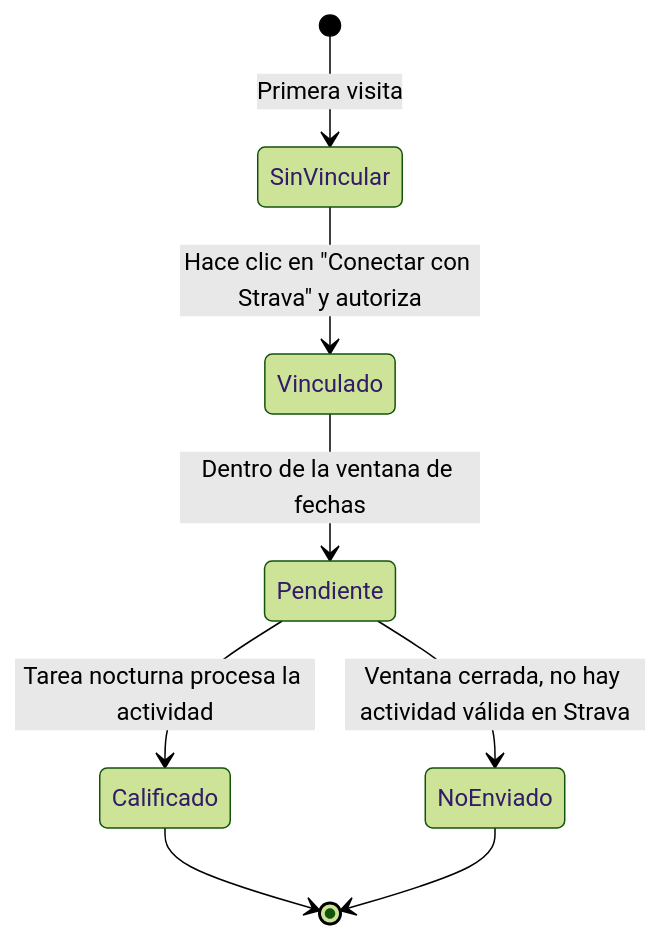
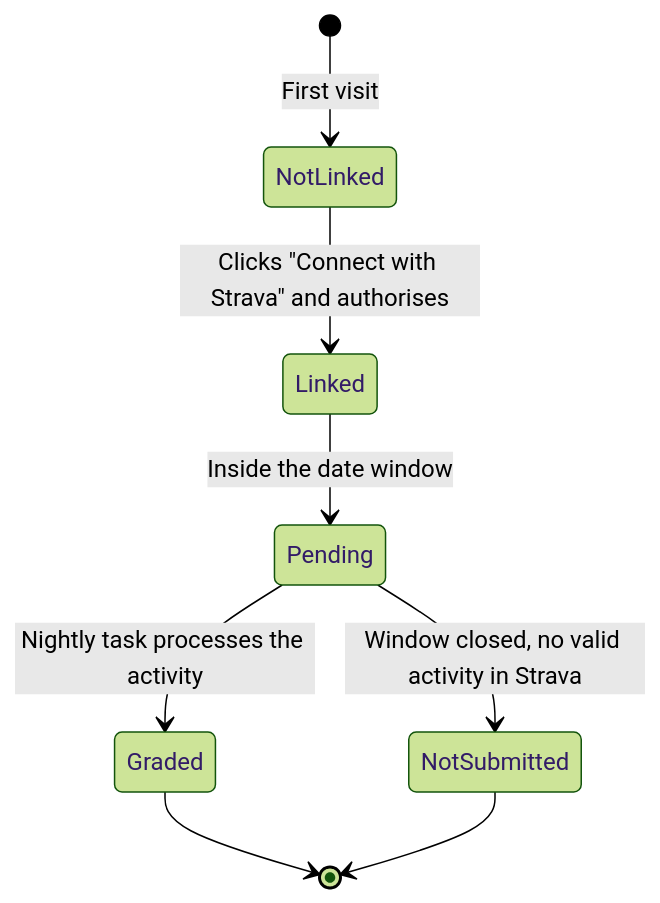
The first of 2 diagrams in README.md (rollercly/moodle-mod-strava), drawn with Mermaid (forest theme) before and after one commit. The commit also changed other lines of this file and 25 other files, not shown here.

````diff
--- a/README.md
+++ b/README.md
@@ -150,10 +150,10 @@
 ```mermaid
 stateDiagram-v2
-    [*] --> SinVincular: Primera visita
-    SinVincular --> Vinculado: Hace clic en "Conectar con Strava" y autoriza
-    Vinculado --> Pendiente: Dentro de la ventana de fechas
-    Pendiente --> Calificado: Tarea nocturna procesa la actividad
-    Pendiente --> NoEnviado: Ventana cerrada, no hay actividad válida en Strava
-    Calificado --> [*]
-    NoEnviado --> [*]
+    [*] --> NotLinked: First visit
+    NotLinked --> Linked: Clicks "Connect with Strava" and authorises
+    Linked --> Pending: Inside the date window
+    Pending --> Graded: Nightly task processes the activity
+    Pending --> NotSubmitted: Window closed, no valid activity in Strava
+    Graded --> [*]
+    NotSubmitted --> [*]
 ```
````
